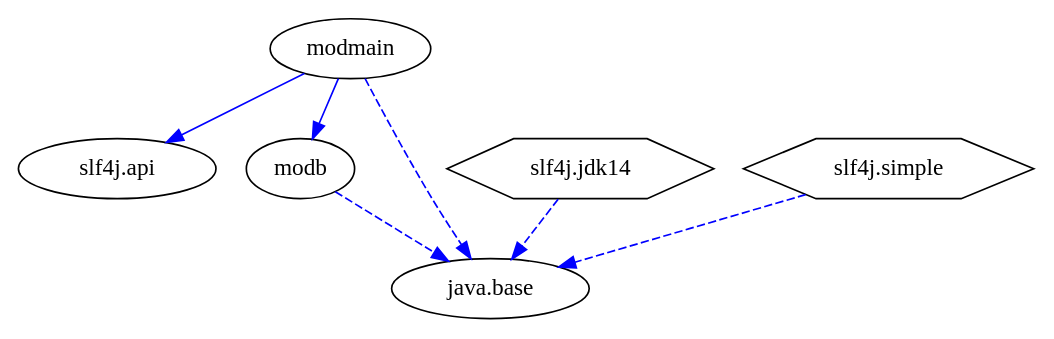
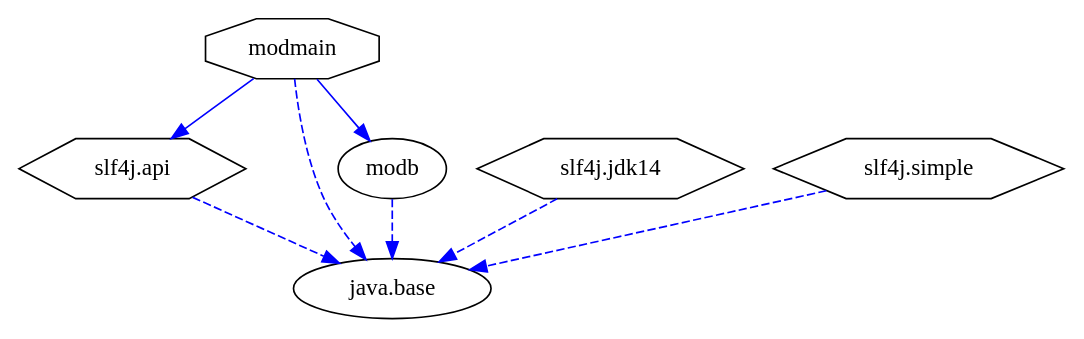
The diagram in jigsaw-examples/example_automatic-module-logging/moduledependencies.dot (accso/java9-jigsaw-examples), drawn with Graphviz before and after one commit. The commit also changed 150 other files, not shown here.

Commit message:
Upgraded all Jigsaw examples to latest DepVis version 0.3

```diff
--- a/jigsaw-examples/example_automatic-module-logging/moduledependencies.dot
+++ b/jigsaw-examples/example_automatic-module-logging/moduledependencies.dot
@@ -1,15 +1,16 @@
-# Created by depvis.JigsawDepVisualizer on Tue Oct 10 15:14:23 CEST 2017
+# Created by depvis.JigsawDepVisualizer on Tue Oct 17 12:27:23 CEST 2017
 digraph Java9_Dependency_Visualizer {
-modmain[fontname="Consolas",shape="ellipse",label="modmain"];
-slf4j_api[fontname="Consolas",shape="ellipse",label="slf4j.api"];
+slf4j_api[fontname="Consolas",shape="hexagon",label="slf4j.api"];
+java_base[fontname="Consolas",shape="ellipse",label="java.base"];
+modmain[fontname="Consolas",shape="octagon",label="modmain"];
 modb[fontname="Consolas",shape="ellipse",label="modb"];
-java_base[fontname="Consolas",shape="ellipse",label="java.base"];
 slf4j_jdk14[fontname="Consolas",shape="hexagon",label="slf4j.jdk14"];
 slf4j_simple[fontname="Consolas",shape="hexagon",label="slf4j.simple"];
+slf4j_api -> java_base[color="#0000ff",fontname="Consolas",fontcolor="#0000ff",style="dashed",weight="16"]
 modmain -> slf4j_api[color="#0000ff",fontname="Consolas",fontcolor="#0000ff",weight="8"]
 modmain -> modb[color="#0000ff",fontname="Consolas",fontcolor="#0000ff",weight="8"]
 modmain -> java_base[color="#0000ff",fontname="Consolas",fontcolor="#0000ff",style="dashed",weight="16"]
 modb -> java_base[color="#0000ff",fontname="Consolas",fontcolor="#0000ff",style="dashed",weight="16"]
 slf4j_jdk14 -> java_base[color="#0000ff",fontname="Consolas",fontcolor="#0000ff",style="dashed",weight="16"]
 slf4j_simple -> java_base[color="#0000ff",fontname="Consolas",fontcolor="#0000ff",style="dashed",weight="16"]
 }
```
